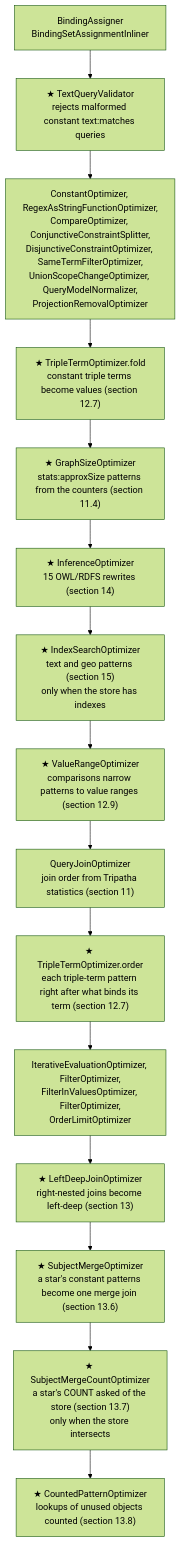
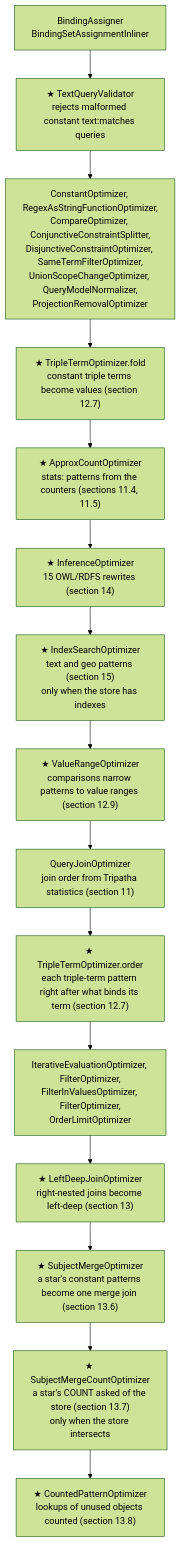
Before and after one commit to dgreco/rya-ng: diagram 12 of 21 in ARCH.md, drawn with Mermaid (forest theme). The commit also changed other lines of this file and 13 other files, not shown here.

````diff
--- a/ARCH.md
+++ b/ARCH.md
@@ -919,17 +936,17 @@
 ```mermaid
 flowchart TD
     o1["BindingAssigner<br/>BindingSetAssignmentInliner"] --> o2["★ TextQueryValidator<br/>rejects malformed constant text:matches queries"]
     o2 --> o3["ConstantOptimizer, RegexAsStringFunctionOptimizer,<br/>CompareOptimizer, ConjunctiveConstraintSplitter,<br/>DisjunctiveConstraintOptimizer, SameTermFilterOptimizer,<br/>UnionScopeChangeOptimizer, QueryModelNormalizer,<br/>ProjectionRemovalOptimizer"]
     o3 --> o3a["★ TripleTermOptimizer.fold<br/>constant triple terms become values (section 12.7)"]
-    o3a --> o3b["★ GraphSizeOptimizer<br/>stats:approxSize patterns from the counters (section 11.4)"]
+    o3a --> o3b["★ ApproxCountOptimizer<br/>stats: patterns from the counters (sections 11.4, 11.5)"]
     o3b --> o4["★ InferenceOptimizer<br/>15 OWL/RDFS rewrites (section 14)"]
     o4 --> o5["★ IndexSearchOptimizer<br/>text and geo patterns (section 15)<br/>only when the store has indexes"]
     o5 --> o5b["★ ValueRangeOptimizer<br/>comparisons narrow patterns to value ranges (section 12.9)"]
     o5b --> o6["QueryJoinOptimizer<br/>join order from Tripatha statistics (section 11)"]
     o6 --> o6b["★ TripleTermOptimizer.order<br/>each triple-term pattern right after what binds its term (section 12.7)"]
     o6b --> o7["IterativeEvaluationOptimizer, FilterOptimizer,<br/>FilterInValuesOptimizer, FilterOptimizer,<br/>OrderLimitOptimizer"]
     o7 --> o8["★ LeftDeepJoinOptimizer<br/>right-nested joins become left-deep (section 13)"]
     o8 --> o9["★ SubjectMergeOptimizer<br/>a star's constant patterns become one merge join (section 13.6)"]
     o9 --> o10["★ SubjectMergeCountOptimizer<br/>a star's COUNT asked of the store (section 13.7)<br/>only when the store intersects"]
     o10 --> o11["★ CountedPatternOptimizer<br/>lookups of unused objects counted (section 13.8)"]
 ```
````
